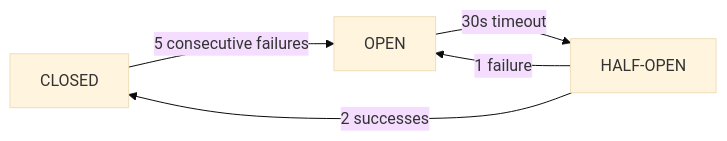
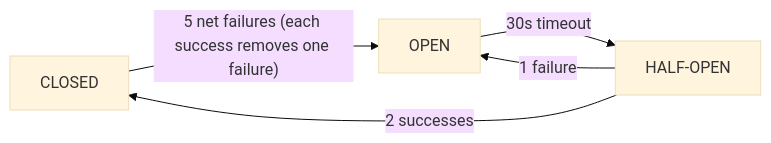
Before and after one commit to intel-retail/order-accuracy: the second of 2 diagrams in docs/user-guide/dine-in/how-it-works.md, drawn with Mermaid (base theme). The commit also changed 7 other files, not shown here.

Commit message:
[DOCS][Take-Away] Update ASCII diagrams to SVG or Mermaid

````diff
--- a/docs/user-guide/dine-in/how-it-works.md
+++ b/docs/user-guide/dine-in/how-it-works.md
@@ -166,11 +166,11 @@
 ```mermaid
 flowchart LR
     CLOSED["CLOSED"]
     OPEN["OPEN"]
     HALFOPEN["HALF-OPEN"]
 
-    CLOSED -- "5 consecutive failures" --> OPEN
+    CLOSED -- "5 net failures (each success removes one failure)" --> OPEN
     OPEN -- "30s timeout" --> HALFOPEN
     HALFOPEN -- "2 successes" --> CLOSED
     HALFOPEN -- "1 failure" --> OPEN
 ```
````
